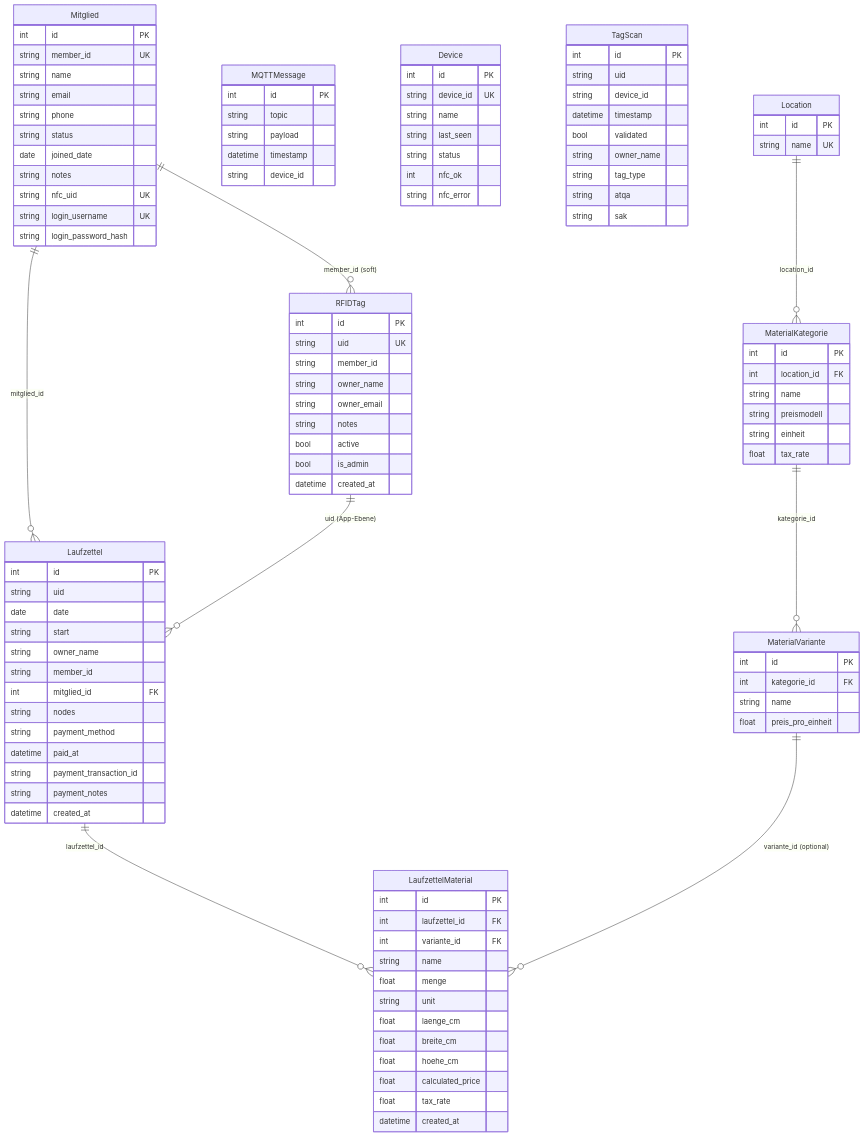
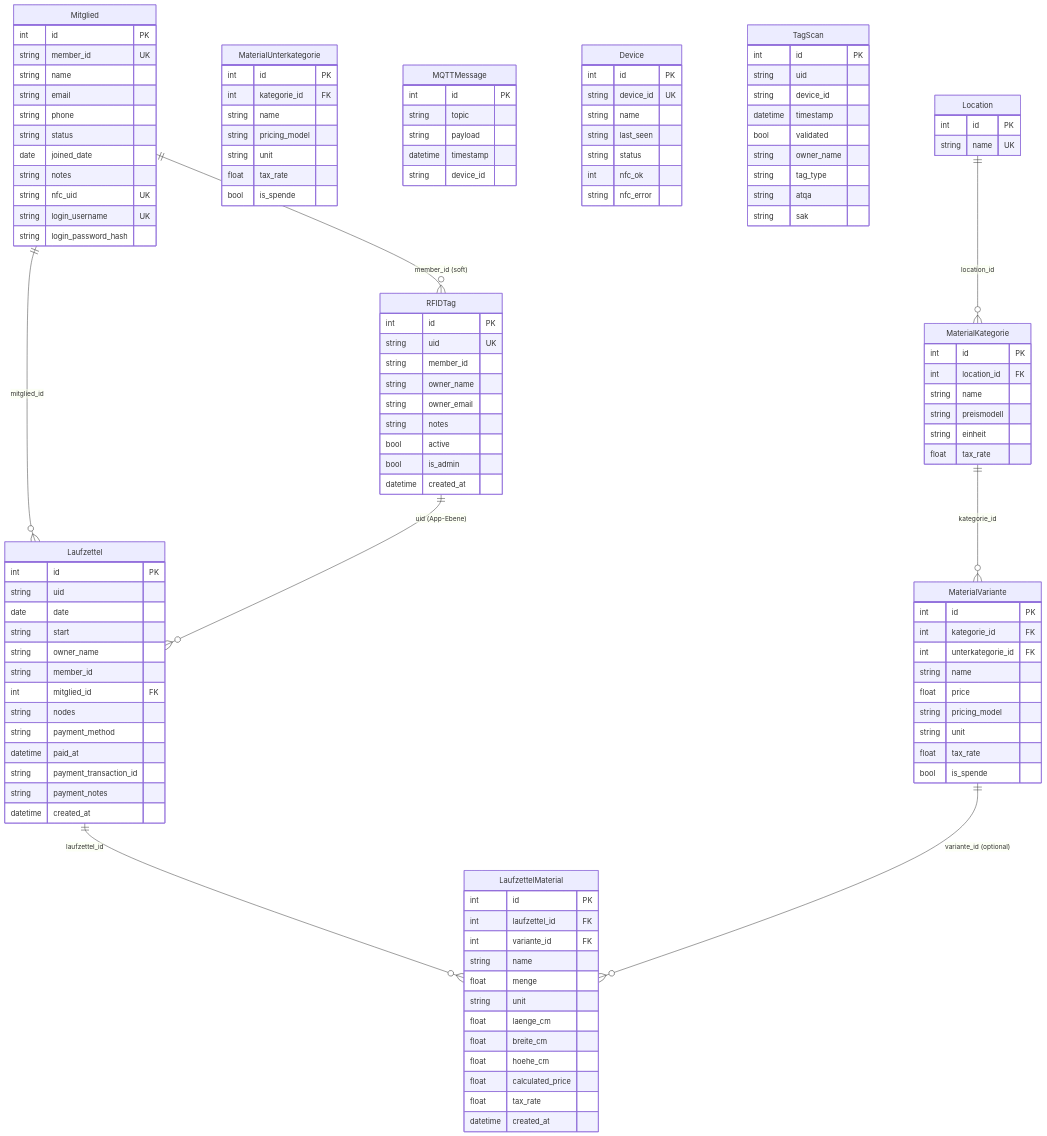
Before and after one commit to AlexErlewein/MakerPi_GroundControl: the first of 2 diagrams in docs/07-database-model.de.md, drawn with Mermaid. The commit also changed other lines of this file and 8 other files, not shown here.

```diff
--- a/docs/07-database-model.de.md
+++ b/docs/07-database-model.de.md
@@ -90,11 +90,25 @@
         string einheit
         float tax_rate
     }
+    MaterialUnterkategorie {
+        int id PK
+        int kategorie_id FK
+        string name
+        string pricing_model
+        string unit
+        float tax_rate
+        bool is_spende
+    }
     MaterialVariante {
         int id PK
         int kategorie_id FK
+        int unterkategorie_id FK
         string name
-        float preis_pro_einheit
+        float price
+        string pricing_model
+        string unit
+        float tax_rate
+        bool is_spende
     }
     MQTTMessage {
         int id PK
```
